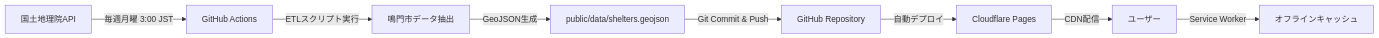
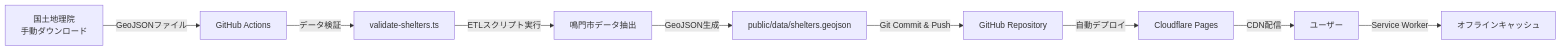
Before and after one commit to yusakuvol/Naruto-Shelter-Map: the diagram in README.md, drawn with Mermaid. The commit also changed other lines of this file and 3 other files, not shown here.

````diff
--- a/README.md
+++ b/README.md
@@ -140,10 +140,11 @@
 ```mermaid
 graph LR
-    A[国土地理院API] -->|毎週月曜 3:00 JST| B[GitHub Actions]
-    B -->|ETLスクリプト実行| C[鳴門市データ抽出]
-    C -->|GeoJSON生成| D[public/data/shelters.geojson]
-    D -->|Git Commit & Push| E[GitHub Repository]
-    E -->|自動デプロイ| F[Cloudflare Pages]
-    F -->|CDN配信| G[ユーザー]
-    G -->|Service Worker| H[オフラインキャッシュ]
+    A[国土地理院<br/>手動ダウンロード] -->|GeoJSONファイル| B[GitHub Actions]
+    B -->|データ検証| C[validate-shelters.ts]
+    C -->|ETLスクリプト実行| D[鳴門市データ抽出]
+    D -->|GeoJSON生成| E[public/data/shelters.geojson]
+    E -->|Git Commit & Push| F[GitHub Repository]
+    F -->|自動デプロイ| G[Cloudflare Pages]
+    G -->|CDN配信| H[ユーザー]
+    H -->|Service Worker| I[オフラインキャッシュ]
 ```
````
